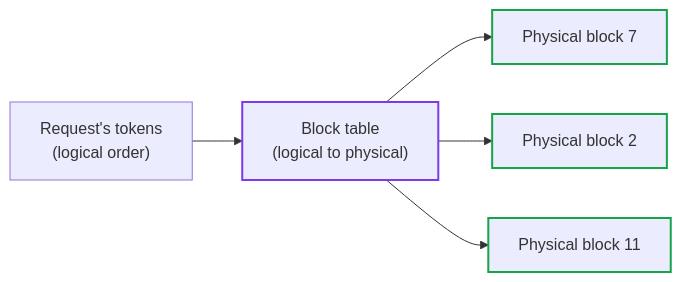
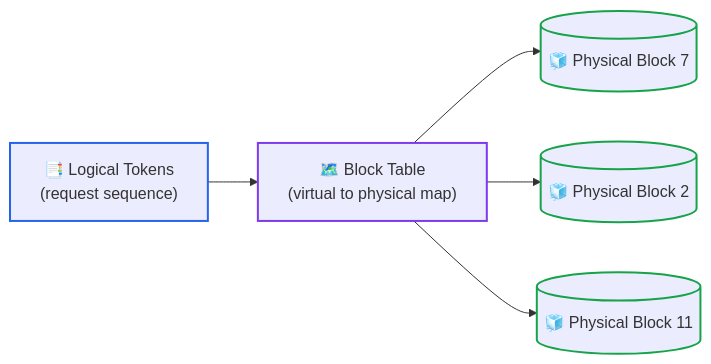
Before and after one commit to dip4k/senior-engineer-to-ai-engineer-roadmap: the second of 2 diagrams in 00-foundations-and-token-mechanics/03-kv-cache-vram-and-bandwidth-physics.md, drawn with Mermaid. The commit also changed other lines of this file and 39 other files, not shown here.

First line of the commit message:
feat(curriculum): upgrade mermaid diagrams with unicode icons & codify anti-bloat layout rules

````diff
--- a/00-foundations-and-token-mechanics/03-kv-cache-vram-and-bandwidth-physics.md
+++ b/00-foundations-and-token-mechanics/03-kv-cache-vram-and-bandwidth-physics.md
@@ -155,12 +157,13 @@
 ```mermaid
 flowchart LR
-    R["Request's tokens<br>(logical order)"] --> T["Block table<br>(logical to physical)"]
-    T --> B1["Physical block 7"]
-    T --> B2["Physical block 2"]
-    T --> B3["Physical block 11"]
+    R["📑 Logical Tokens<br>(request sequence)"] --> T["🗺️ Block Table<br>(virtual to physical map)"]
+    T --> B1[("🧊 Physical Block 7")]
+    T --> B2[("🧊 Physical Block 2")]
+    T --> B3[("🧊 Physical Block 11")]
 
+    style R stroke:#2563eb,stroke-width:2px
     style T stroke:#7c3aed,stroke-width:2px
     style B1 stroke:#16a34a,stroke-width:2px
     style B2 stroke:#16a34a,stroke-width:2px
     style B3 stroke:#16a34a,stroke-width:2px
 ```
````
